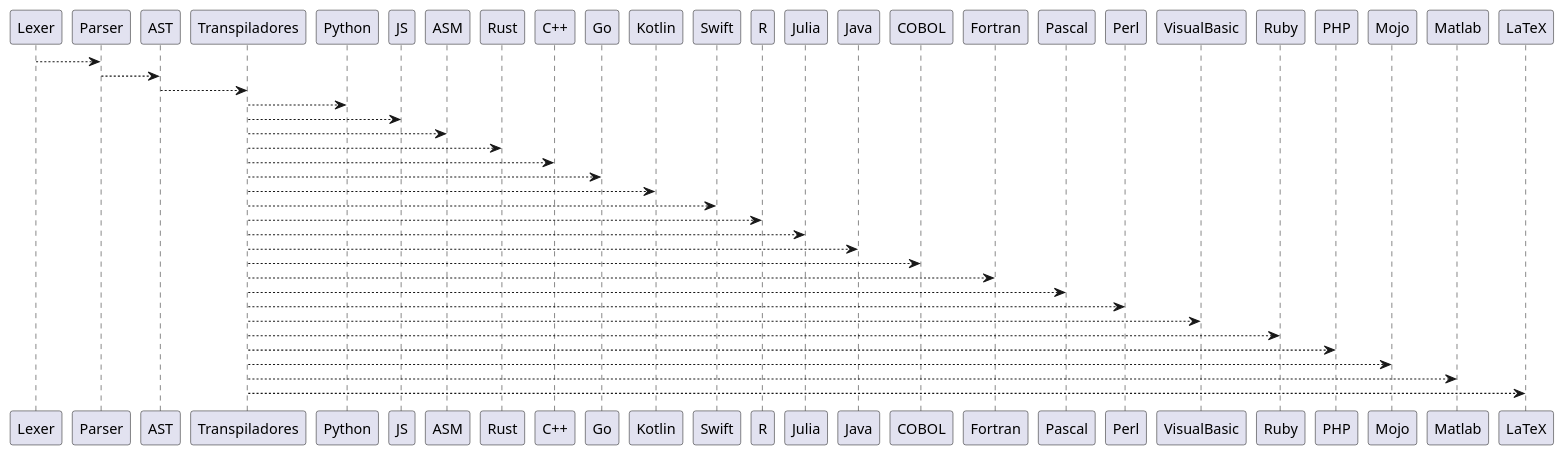
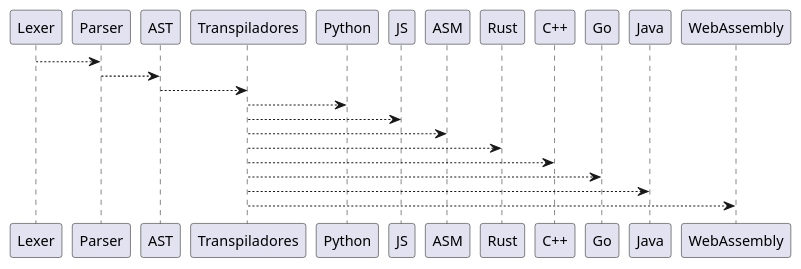
One commit to Alphonsus411/pCobra changed the diagram in docs/frontend/uml/arquitectura_general.puml. Above: the diagram before and after it, drawn with PlantUML. The commit also changed 5 other files, not shown here.

```diff
--- a/docs/frontend/uml/arquitectura_general.puml
+++ b/docs/frontend/uml/arquitectura_general.puml
@@ -1,26 +1,13 @@
 @startuml
 Lexer --> Parser
 Parser --> AST
 AST --> Transpiladores
 Transpiladores --> Python
 Transpiladores --> JS
 Transpiladores --> ASM
 Transpiladores --> Rust
 Transpiladores --> "C++"
 Transpiladores --> Go
-Transpiladores --> Kotlin
-Transpiladores --> Swift
-Transpiladores --> R
-Transpiladores --> Julia
 Transpiladores --> Java
-Transpiladores --> COBOL
-Transpiladores --> Fortran
-Transpiladores --> Pascal
-Transpiladores --> Perl
-Transpiladores --> VisualBasic
-Transpiladores --> Ruby
-Transpiladores --> PHP
-Transpiladores --> Mojo
-Transpiladores --> Matlab
-Transpiladores --> LaTeX
+Transpiladores --> WebAssembly
 @enduml
```
